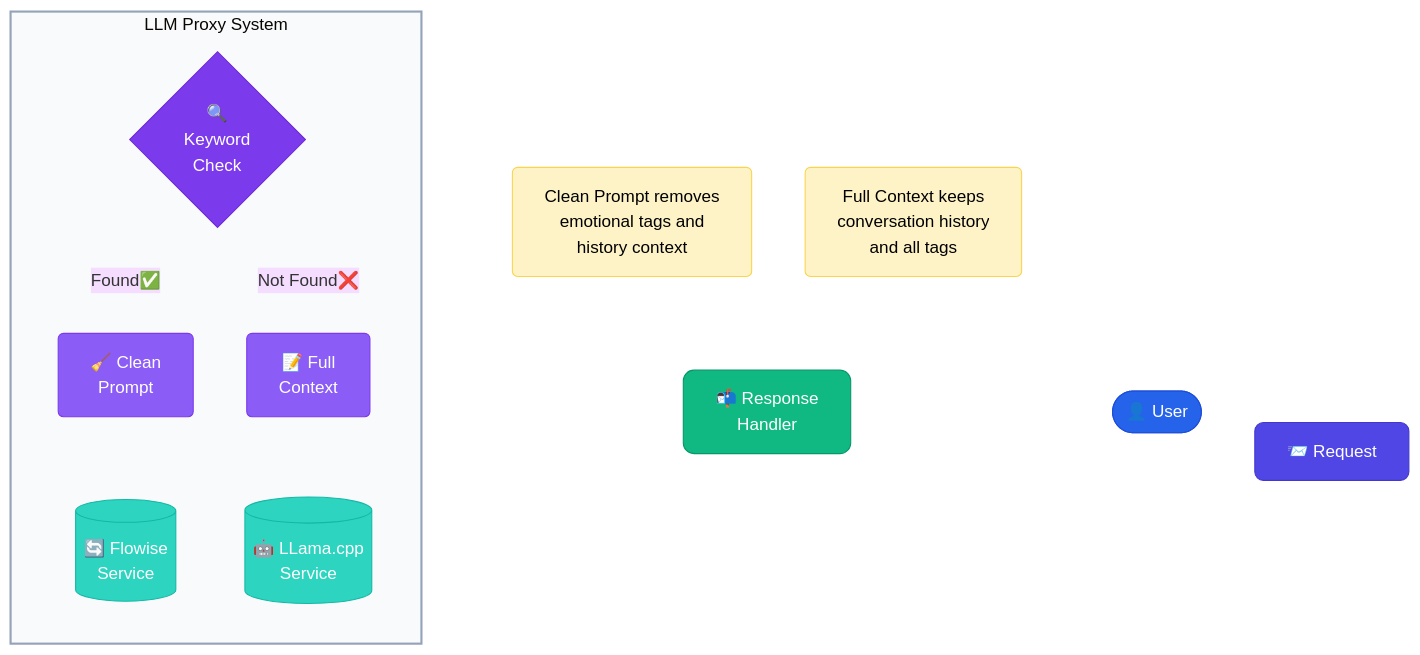
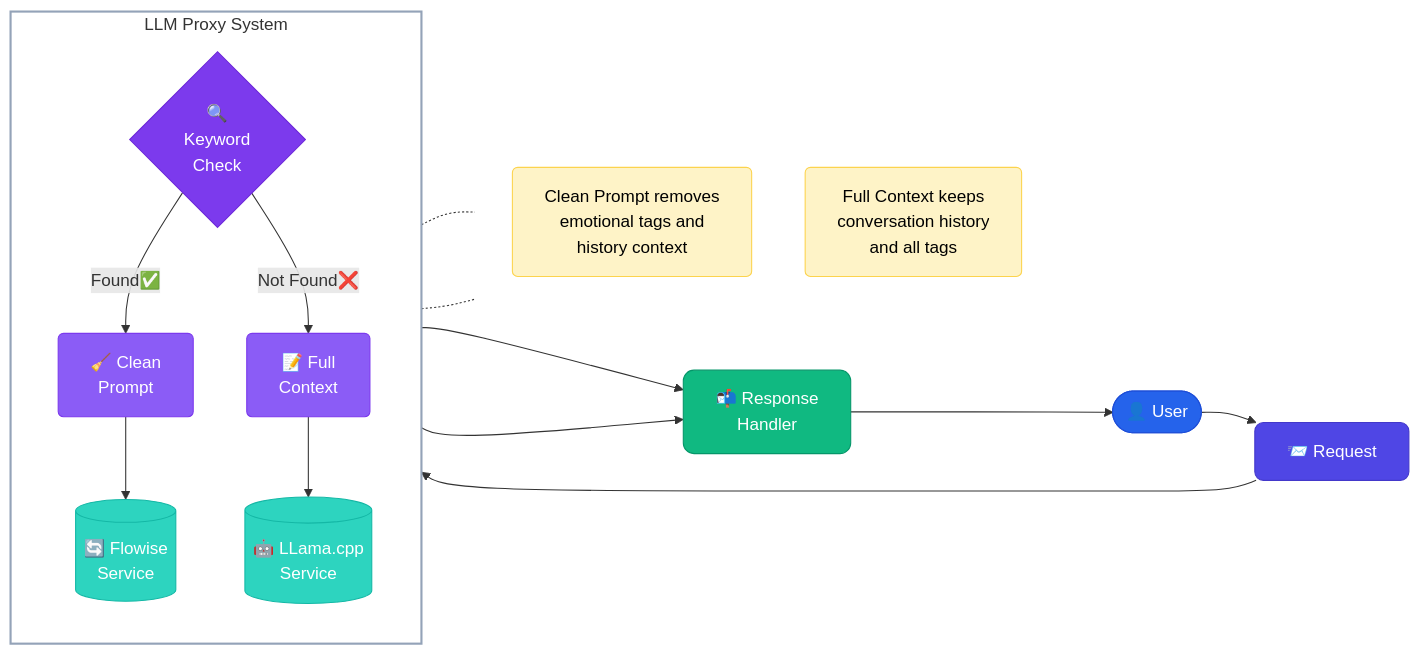
Before and after one commit to PPTG/LLM-Proxy-with-Keywords-Management-GUI: the diagram in readme.md, drawn with Mermaid.

````diff
--- a/readme.md
+++ b/readme.md
@@ -7,45 +7,43 @@
 ```mermaid
-%%{init: {'theme': 'base', 'themeVariables': {'background': 'transparent'}}}%%
 flowchart LR
     %% Style definitions
     classDef userStyle fill:#2563eb,stroke:#1d4ed8,color:white,rx:10,ry:10
     classDef systemStyle fill:#4f46e5,stroke:#4338ca,color:white,rx:8,ry:8
     classDef checkStyle fill:#7c3aed,stroke:#6d28d9,color:white,rx:15,ry:15
     classDef processStyle fill:#8b5cf6,stroke:#7c3aed,color:white,rx:5,ry:5
     classDef serviceStyle fill:#2dd4bf,stroke:#14b8a6,color:white,rx:10,ry:10
     classDef responseStyle fill:#10b981,stroke:#059669,color:white,rx:10,ry:10
 
     %% Nodes
     U([👤 User]):::userStyle --> R[📨 Request]:::systemStyle
     R --> K{🔍\nKeyword\nCheck}:::checkStyle
     
     subgraph proxy [" LLM Proxy System "]
         direction TB
         K --> |Found✅| C[🧹 Clean\nPrompt]:::processStyle
         K --> |Not Found❌| F[📝 Full\nContext]:::processStyle
         
         C --> FW[(🔄 Flowise\nService)]:::serviceStyle
         F --> LL[(🤖 LLama.cpp\nService)]:::serviceStyle
     end
     
     FW --> Resp[📬 Response\nHandler]:::responseStyle
     LL --> Resp
     Resp --> U
 
     %% Subgraph style
-    style proxy fill:#f8fafc,stroke:#94a3b8,stroke-width:2px
+    style proxy fill:transparent,stroke:#94a3b8,stroke-width:2px
 
     %% Add notes
     subgraph notes [" "]
         direction TB
         n1[Clean Prompt removes\nemotional tags and\nhistory context]:::noteStyle
         n2[Full Context keeps\nconversation history\nand all tags]:::noteStyle
     end
     style notes fill:none,stroke:none
     classDef noteStyle fill:#fef3c7,stroke:#fcd34d,color:black,rx:5,ry:5
-
+    
     %% Connect notes
     C -.- n1
     F -.- n2
-
 ```
````
